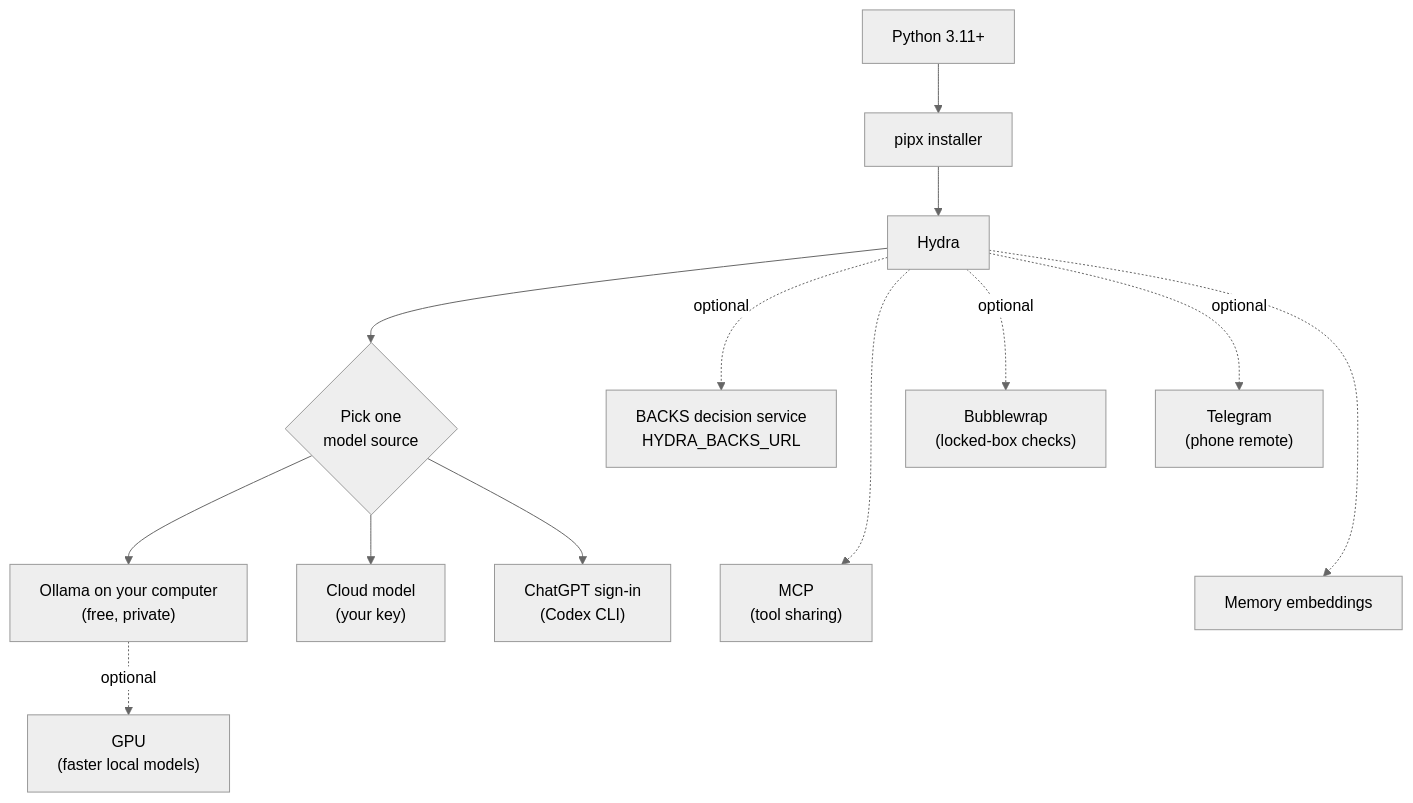
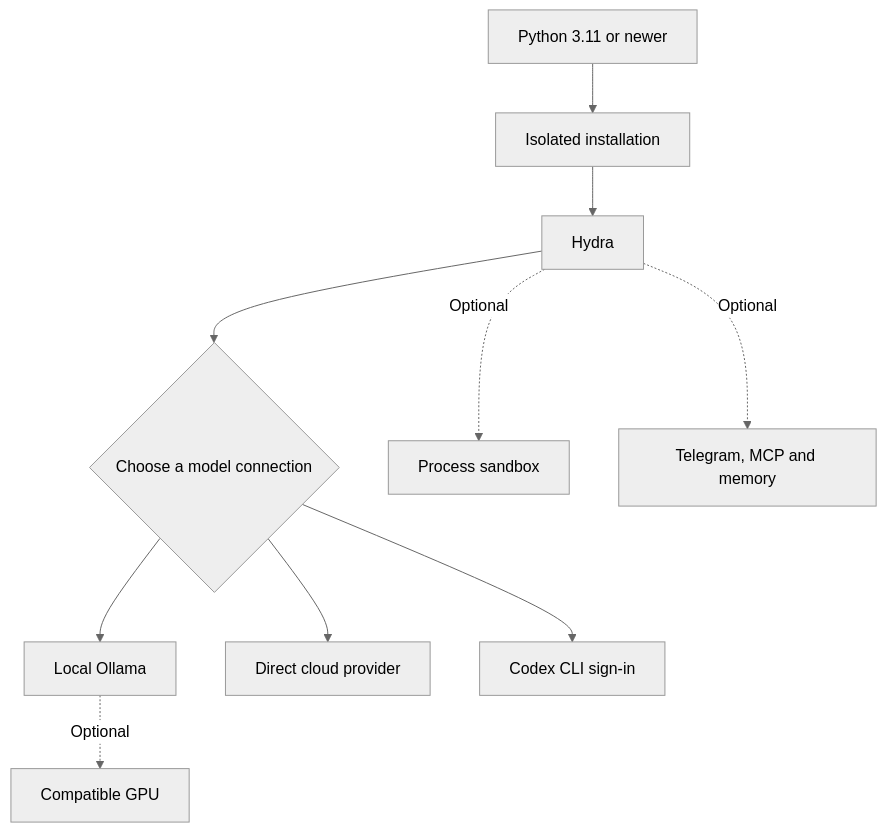
One commit to Tcuzzo/Tcuzzo.github.io changed the diagram in hydra/charts/setup-map.mmd. Above: the diagram before and after it, drawn with Mermaid (neutral theme). The commit also changed 12 other files, not shown here.

First line of the commit message:
docs: separate public Hydra from private BACKS routing

```diff
--- a/hydra/charts/setup-map.mmd
+++ b/hydra/charts/setup-map.mmd
@@ -1,17 +1,13 @@
-flowchart TB
-    Py["Python 3.11+"] --> Px["pipx installer"] --> H["Hydra"]
-    H --> M{"Pick one<br/>model source"}
-    M --> O["Ollama on your computer<br/>(free, private)"]
-    M --> C["Cloud model<br/>(your key)"]
-    M --> X["ChatGPT sign-in<br/>(Codex CLI)"]
-    O -.->|"optional"| G["GPU<br/>(faster local models)"]
-    H -.->|"optional"| B["BACKS decision service<br/>HYDRA_BACKS_URL"]
-    H -.->|"optional"| T["Telegram<br/>(phone remote)"]
-    H -.->|"optional"| W["Bubblewrap<br/>(locked-box checks)"]
-    B ~~~ P["MCP<br/>(tool sharing)"]
-    T ~~~ E["Memory embeddings"]
-    H -.-> P
-    H -.-> E
-    class Py,Px,H,M req;
-    class O,C,X step;
-    class B,G,T,W,P,E opt;
+flowchart TD
+    Python["Python 3.11 or newer"] --> Install["Isolated installation"]
+    Install --> Hydra["Hydra"]
+    Hydra --> Model{"Choose a model connection"}
+    Model --> Local["Local Ollama"]
+    Model --> Cloud["Direct cloud provider"]
+    Model --> Codex["Codex CLI sign-in"]
+    Hydra -. Optional .-> Sandbox["Process sandbox"]
+    Hydra -. Optional .-> Tools["Telegram, MCP and memory"]
+    Local -. Optional .-> GPU["Compatible GPU"]
+    class Python,Install,Hydra,Model req;
+    class Local,Cloud,Codex step;
+    class Sandbox,Tools,GPU opt;
```
